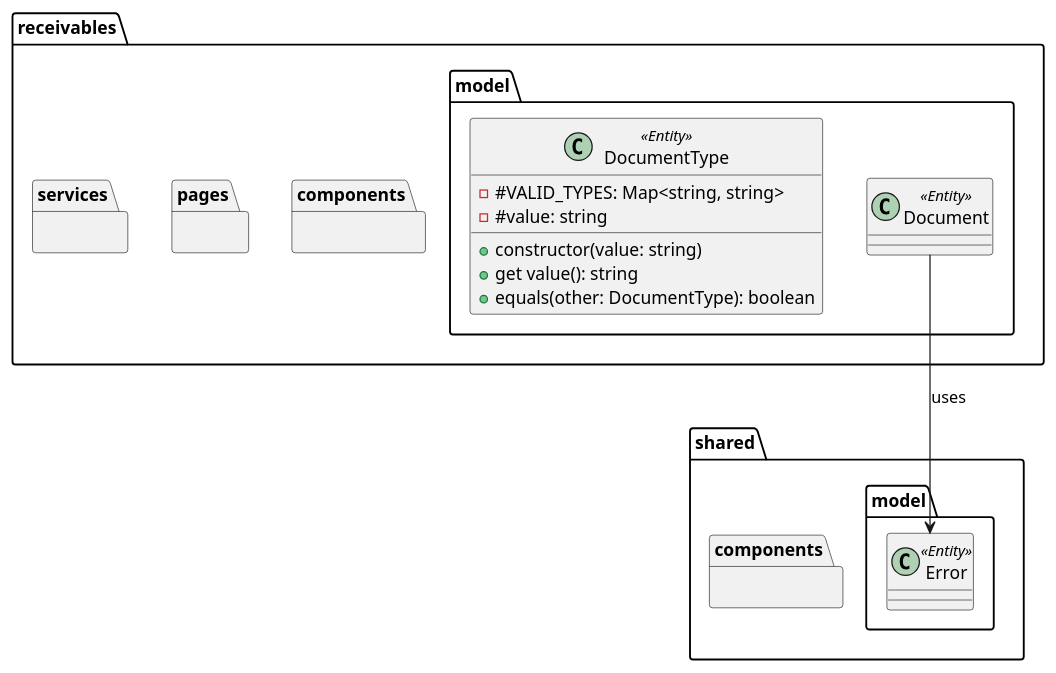
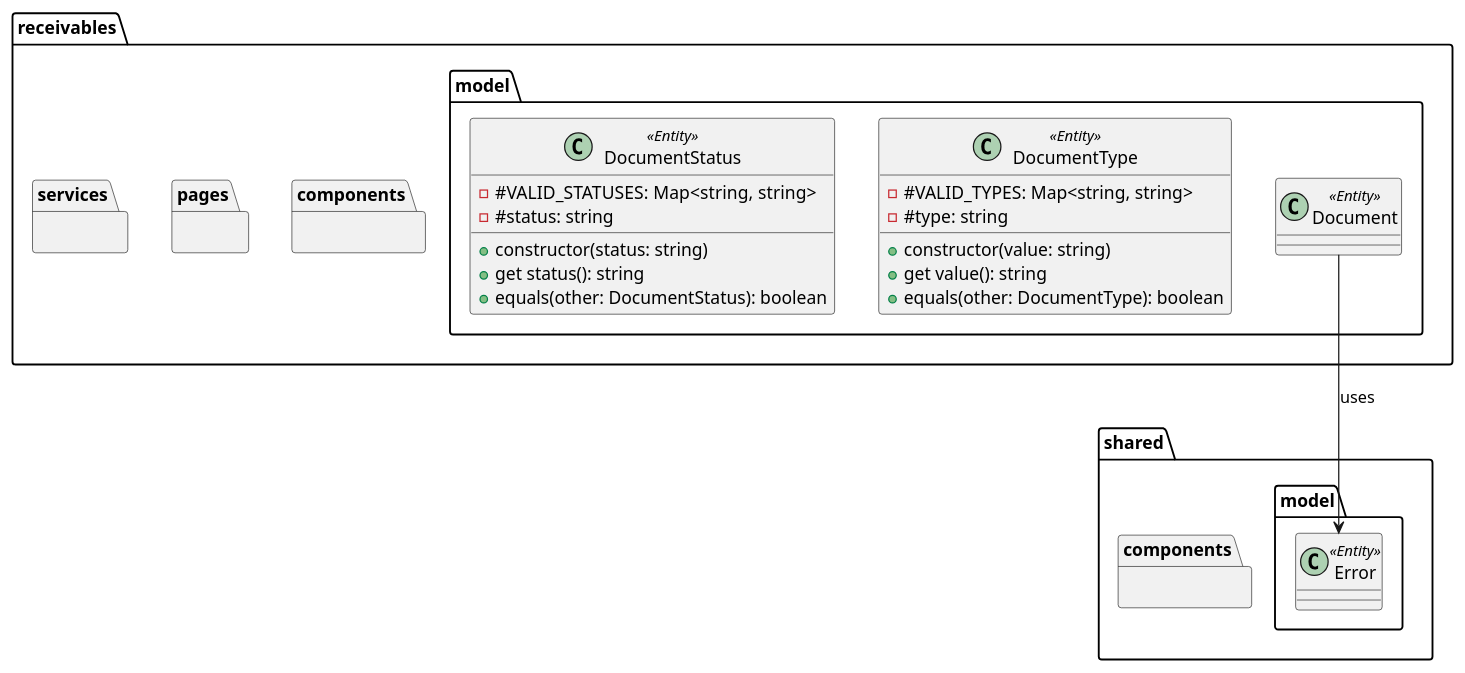
One commit to discuenta/discuenta-web changed the diagram in docs/class-diagram.puml. Above: the diagram before and after it, drawn with PlantUML. The commit also changed 1 other file, not shown here.

Commit message:
docs: update class diagram to reflect changes in DocumentType and add DocumentStatus class

```diff
--- a/docs/class-diagram.puml
+++ b/docs/class-diagram.puml
@@ -1,45 +1,53 @@
 @startuml Discuenta Class Diagram
 
 package "shared" {
    package "components" {
 
    }
 
    package "model" {
        class "Error" <<Entity>> {
 
        }
    }
 }
 
 package "receivables" {
     package "components" {
 
     }
 
     package "model" {
         class "Document" <<Entity>> {
 
         }
 
         class "DocumentType" <<Entity>> {
             - #VALID_TYPES: Map<string, string>
-            - #value: string
+            - #type: string
             + constructor(value: string)
             + get value(): string
             + equals(other: DocumentType): boolean
+        }
+
+        class "DocumentStatus" <<Entity>> {
+            - #VALID_STATUSES: Map<string, string>
+            - #status: string
+            + constructor(status: string)
+            + get status(): string
+            + equals(other: DocumentStatus): boolean
         }
     }
 
     package "pages" {
 
     }
 
     package "services" {
 
     }
 }
 
 'Relationship
 receivables.model.Document --> shared.model.Error : uses
 @enduml
```
